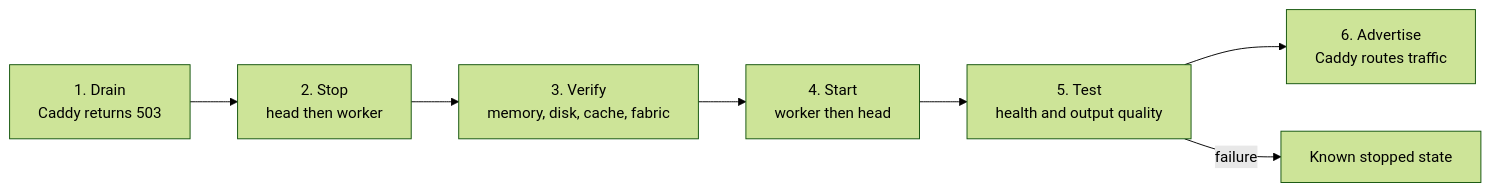
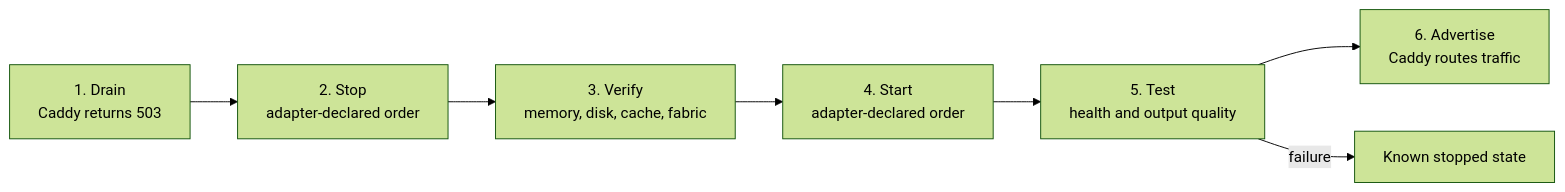
Before and after one commit to CarstVaartjes/DGX-Forge: the second of 2 diagrams in docs/architecture-overview.md, drawn with Mermaid (forest theme). The commit also changed other lines of this file and 2 other files, not shown here.

````diff
--- a/docs/architecture-overview.md
+++ b/docs/architecture-overview.md
@@ -96,9 +95,9 @@
 ```mermaid
 flowchart LR
-    drain[1. Drain<br/>Caddy returns 503] --> stop[2. Stop<br/>head then worker]
+    drain[1. Drain<br/>Caddy returns 503] --> stop[2. Stop<br/>adapter-declared order]
     stop --> verify[3. Verify<br/>memory, disk, cache, fabric]
-    verify --> start[4. Start<br/>worker then head]
+    verify --> start[4. Start<br/>adapter-declared order]
     start --> test[5. Test<br/>health and output quality]
     test --> advertise[6. Advertise<br/>Caddy routes traffic]
     test -->|failure| stopped[Known stopped state]
 ```
````
